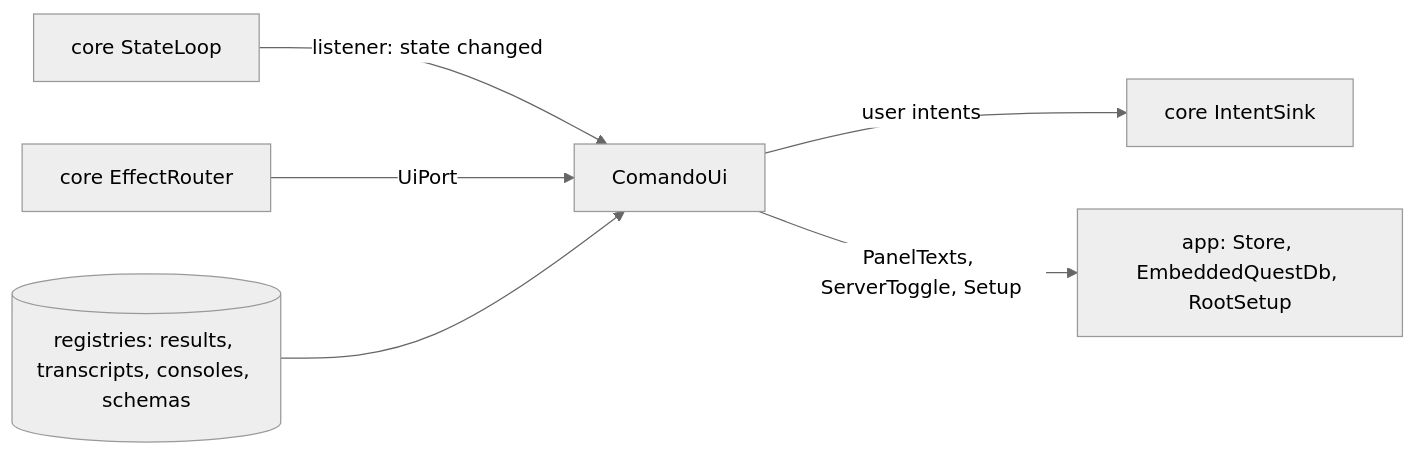
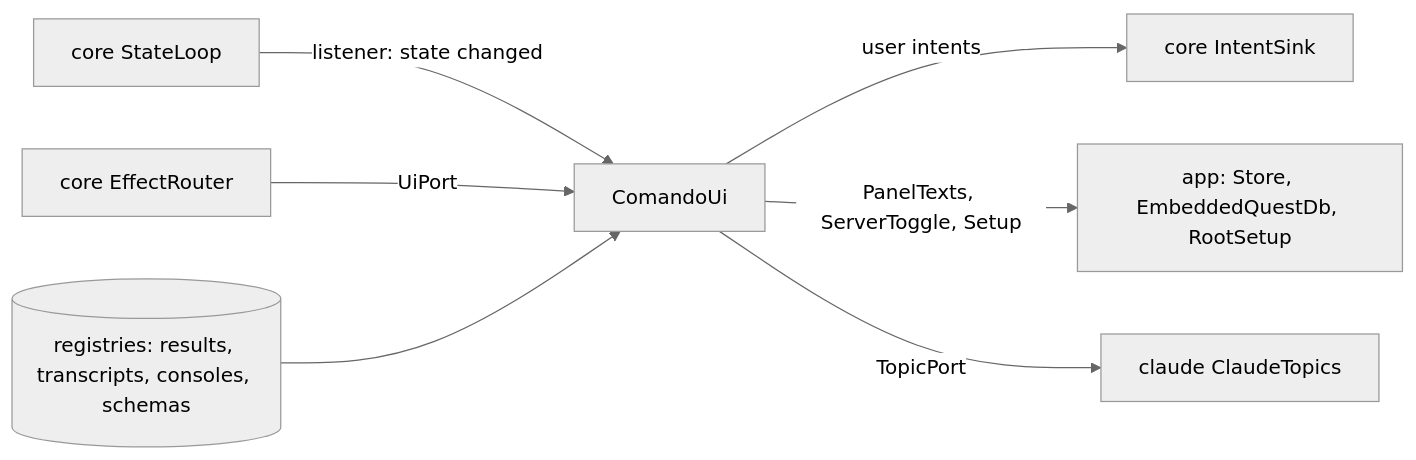
Before and after one commit to marregui/comando: the diagram in ui/README.md, drawn with Mermaid (neutral theme). The commit also changed other lines of this file and 138 other files, not shown here.

````diff
--- a/ui/README.md
+++ b/ui/README.md
@@ -49,8 +50,9 @@
 ```mermaid
 flowchart LR
   LOOP["core StateLoop"] -->|"listener: state changed"| CU["ComandoUi"]
   ER["core EffectRouter"] -->|"UiPort"| CU
   CU -->|"user intents"| SINK["core IntentSink"]
   REG[("registries: results, transcripts, consoles, schemas")] --> CU
   CU -->|"PanelTexts, ServerToggle, Setup"| APP["app: Store, EmbeddedQuestDb, RootSetup"]
+  CU -->|"TopicPort"| TOP["claude ClaudeTopics"]
 ```
````
